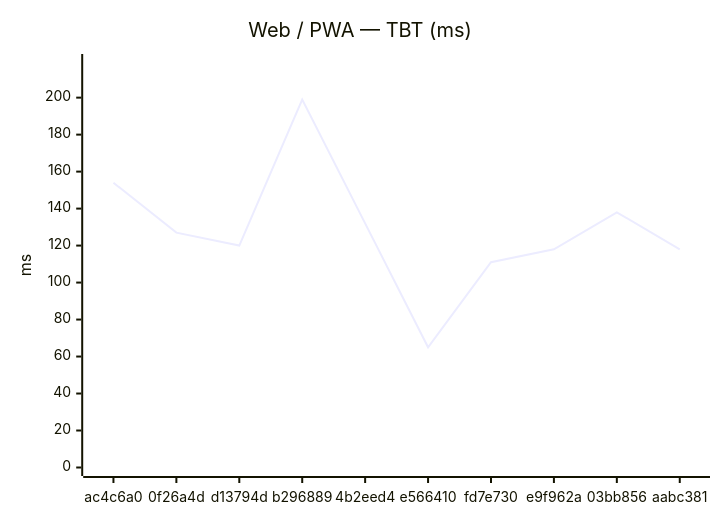
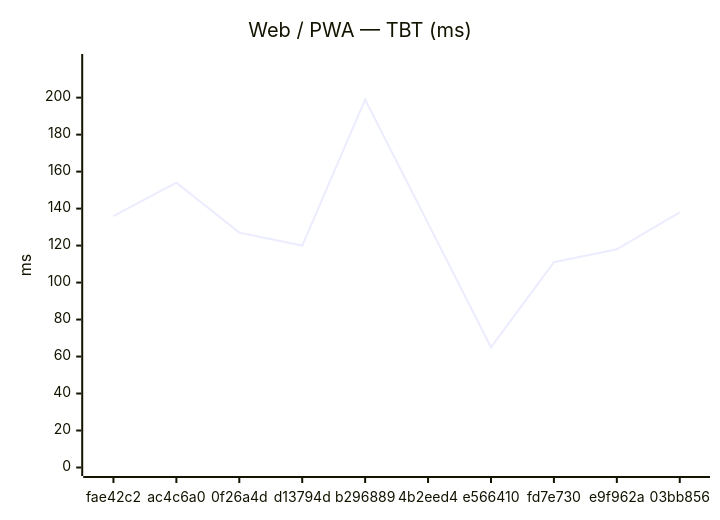
One commit to Metaheurist/Rianell changed the second of 18 diagrams in benchmarks/compare.md. Above: the diagram before and after it, drawn with Mermaid. The commit also changed other lines of this file and 11 other files, not shown here.

````diff
--- a/benchmarks/compare.md
+++ b/benchmarks/compare.md
@@ -31,7 +31,7 @@
 ```mermaid
 xychart-beta
     title "Web / PWA — TBT (ms)"
-    x-axis ["ac4c6a0", "0f26a4d", "d13794d", "b296889", "4b2eed4", "e566410", "fd7e730", "e9f962a", "03bb856", "aabc381"]
+    x-axis ["fae42c2", "ac4c6a0", "0f26a4d", "d13794d", "b296889", "4b2eed4", "e566410", "fd7e730", "e9f962a", "03bb856"]
     y-axis "ms" 0 --> 219
-    line [154, 127, 120, 199, 132, 65, 111, 118, 138, 118]
+    line [136, 154, 127, 120, 199, 132, 65, 111, 118, 138]
 ```
````
